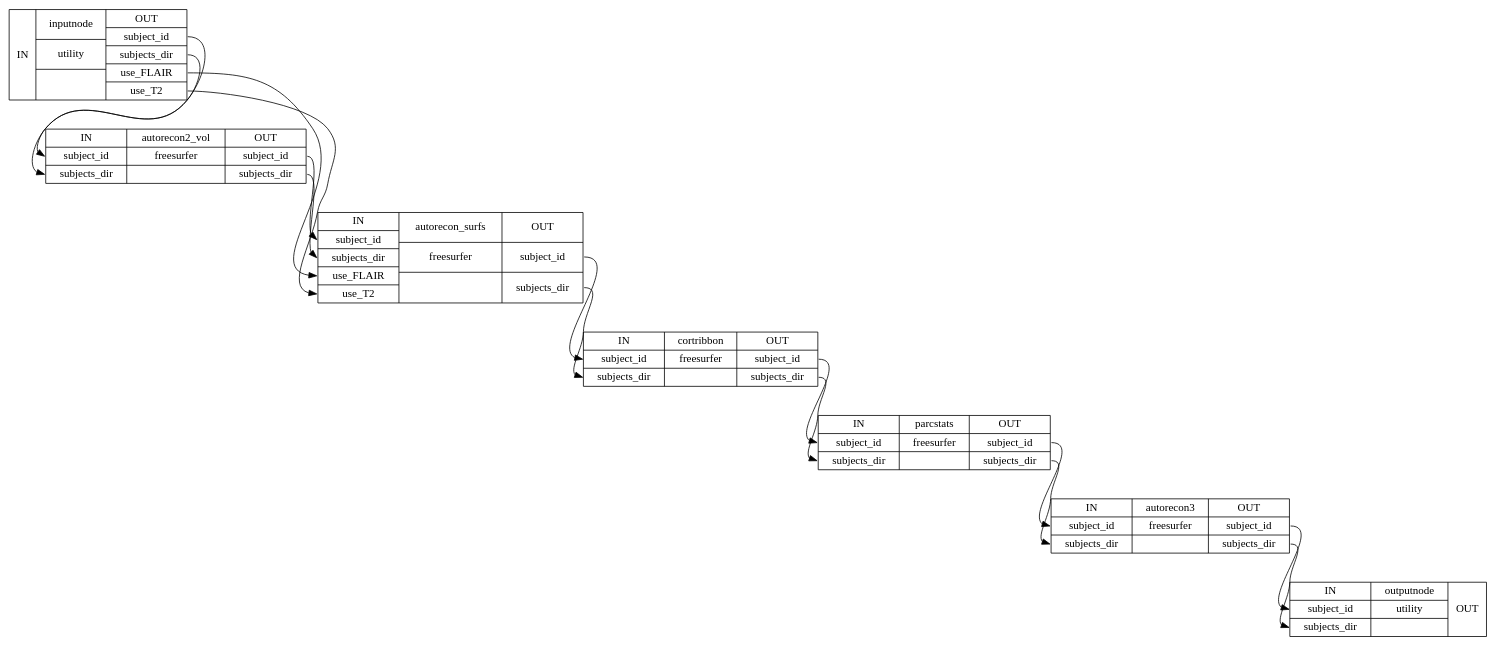
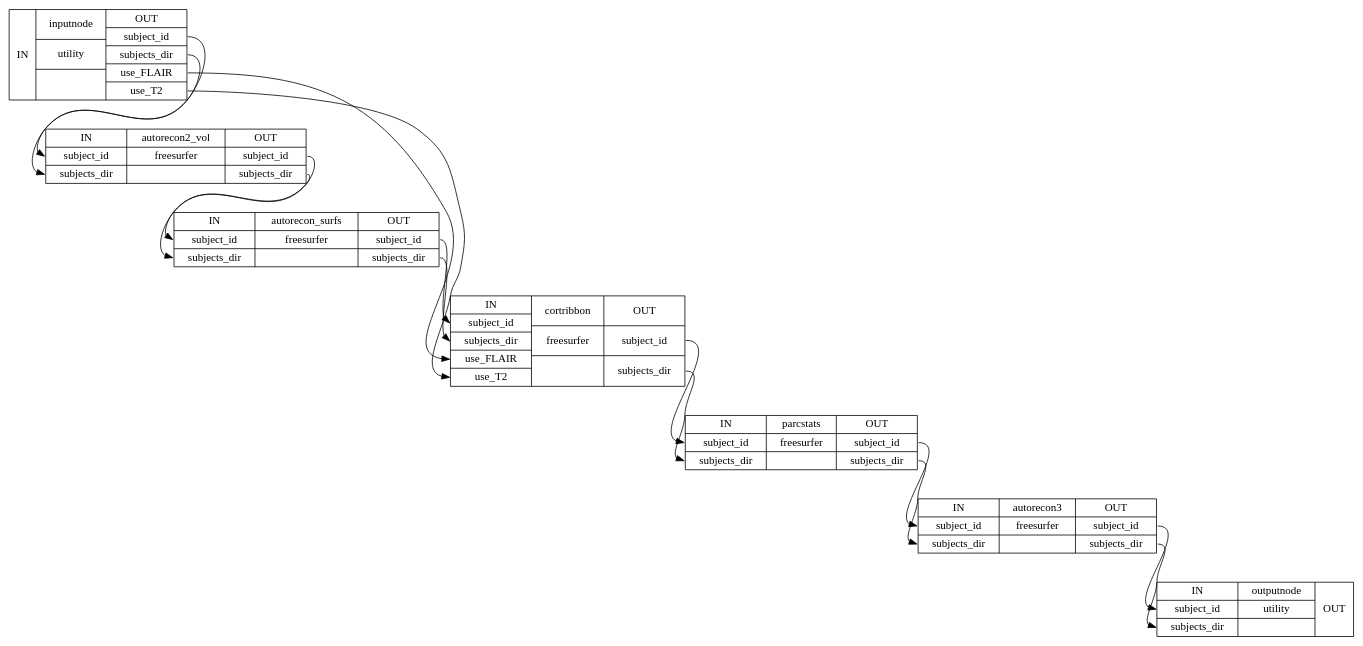
One commit to nuKs/smriprep changed the diagram in 0.4.0rc3/wf_directive/api/autorecon_resume_wf/smriprep-workflows-surfaces-1_detailed.dot. Above: the diagram before and after it, drawn with Graphviz. The commit also changed 592 other files, not shown here.

```diff
--- a/0.4.0rc3/wf_directive/api/autorecon_resume_wf/smriprep-workflows-surfaces-1_detailed.dot
+++ b/0.4.0rc3/wf_directive/api/autorecon_resume_wf/smriprep-workflows-surfaces-1_detailed.dot
@@ -1,24 +1,24 @@
 digraph structs {
 node [shape=record];
 autorecon_resume_wfinputnode [label="{IN}|{ inputnode | utility |  }|{OUT|<outsubjectid> subject_id|<outsubjectsdir> subjects_dir|<outuseFLAIR> use_FLAIR|<outuseT2> use_T2}"];
 autorecon_resume_wfautorecon2_vol [label="{IN|<insubjectid> subject_id|<insubjectsdir> subjects_dir}|{ autorecon2_vol | freesurfer |  }|{OUT|<outsubjectid> subject_id|<outsubjectsdir> subjects_dir}"];
-autorecon_resume_wfautorecon_surfs [label="{IN|<insubjectid> subject_id|<insubjectsdir> subjects_dir|<inuseFLAIR> use_FLAIR|<inuseT2> use_T2}|{ autorecon_surfs | freesurfer |  }|{OUT|<outsubjectid> subject_id|<outsubjectsdir> subjects_dir}"];
-autorecon_resume_wfcortribbon [label="{IN|<insubjectid> subject_id|<insubjectsdir> subjects_dir}|{ cortribbon | freesurfer |  }|{OUT|<outsubjectid> subject_id|<outsubjectsdir> subjects_dir}"];
+autorecon_resume_wfautorecon_surfs [label="{IN|<insubjectid> subject_id|<insubjectsdir> subjects_dir}|{ autorecon_surfs | freesurfer |  }|{OUT|<outsubjectid> subject_id|<outsubjectsdir> subjects_dir}"];
+autorecon_resume_wfcortribbon [label="{IN|<insubjectid> subject_id|<insubjectsdir> subjects_dir|<inuseFLAIR> use_FLAIR|<inuseT2> use_T2}|{ cortribbon | freesurfer |  }|{OUT|<outsubjectid> subject_id|<outsubjectsdir> subjects_dir}"];
 autorecon_resume_wfparcstats [label="{IN|<insubjectid> subject_id|<insubjectsdir> subjects_dir}|{ parcstats | freesurfer |  }|{OUT|<outsubjectid> subject_id|<outsubjectsdir> subjects_dir}"];
 autorecon_resume_wfautorecon3 [label="{IN|<insubjectid> subject_id|<insubjectsdir> subjects_dir}|{ autorecon3 | freesurfer |  }|{OUT|<outsubjectid> subject_id|<outsubjectsdir> subjects_dir}"];
 autorecon_resume_wfoutputnode [label="{IN|<insubjectid> subject_id|<insubjectsdir> subjects_dir}|{ outputnode | utility |  }|{OUT}"];
 autorecon_resume_wfautorecon2_vol:outsubjectid:e -> autorecon_resume_wfautorecon_surfs:insubjectid:w;
 autorecon_resume_wfautorecon2_vol:outsubjectsdir:e -> autorecon_resume_wfautorecon_surfs:insubjectsdir:w;
 autorecon_resume_wfautorecon3:outsubjectid:e -> autorecon_resume_wfoutputnode:insubjectid:w;
 autorecon_resume_wfautorecon3:outsubjectsdir:e -> autorecon_resume_wfoutputnode:insubjectsdir:w;
 autorecon_resume_wfautorecon_surfs:outsubjectid:e -> autorecon_resume_wfcortribbon:insubjectid:w;
 autorecon_resume_wfautorecon_surfs:outsubjectsdir:e -> autorecon_resume_wfcortribbon:insubjectsdir:w;
 autorecon_resume_wfcortribbon:outsubjectid:e -> autorecon_resume_wfparcstats:insubjectid:w;
 autorecon_resume_wfcortribbon:outsubjectsdir:e -> autorecon_resume_wfparcstats:insubjectsdir:w;
 autorecon_resume_wfinputnode:outsubjectid:e -> autorecon_resume_wfautorecon2_vol:insubjectid:w;
 autorecon_resume_wfinputnode:outsubjectsdir:e -> autorecon_resume_wfautorecon2_vol:insubjectsdir:w;
-autorecon_resume_wfinputnode:outuseFLAIR:e -> autorecon_resume_wfautorecon_surfs:inuseFLAIR:w;
-autorecon_resume_wfinputnode:outuseT2:e -> autorecon_resume_wfautorecon_surfs:inuseT2:w;
+autorecon_resume_wfinputnode:outuseFLAIR:e -> autorecon_resume_wfcortribbon:inuseFLAIR:w;
+autorecon_resume_wfinputnode:outuseT2:e -> autorecon_resume_wfcortribbon:inuseT2:w;
 autorecon_resume_wfparcstats:outsubjectid:e -> autorecon_resume_wfautorecon3:insubjectid:w;
 autorecon_resume_wfparcstats:outsubjectsdir:e -> autorecon_resume_wfautorecon3:insubjectsdir:w;
 }
```
